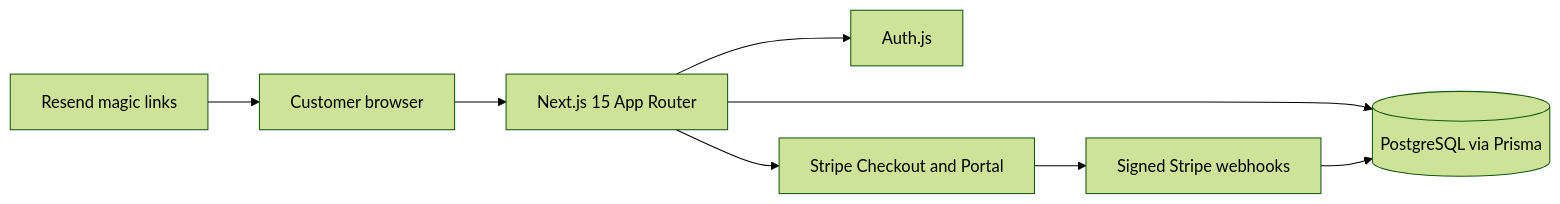
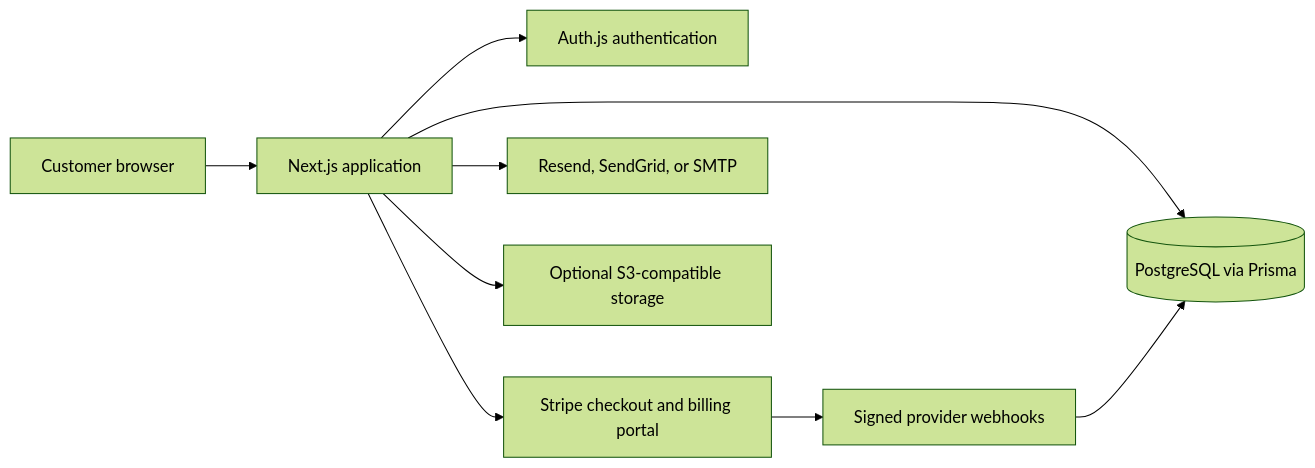
One commit to Shehroz2009/launchpad-showcase changed the diagram in README.md. Above: the diagram before and after it, drawn with Mermaid (forest theme). The commit also changed other lines of this file and 72 other files, not shown here.

````diff
--- a/README.md
+++ b/README.md
@@ -42,10 +60,11 @@
 ```mermaid
 flowchart LR
-  Visitor[Customer browser] --> App[Next.js 15 App Router]
-  App --> Auth[Auth.js]
+  Visitor[Customer browser] --> App[Next.js application]
+  App --> Auth[Auth.js authentication]
   App --> DB[(PostgreSQL via Prisma)]
-  App --> Stripe[Stripe Checkout and Portal]
-  Stripe --> Webhook[Signed Stripe webhooks]
+  App --> Stripe[Stripe checkout and billing portal]
+  Stripe --> Webhook[Signed provider webhooks]
   Webhook --> DB
-  Email[Resend magic links] --> Visitor
+  App --> Email[Resend, SendGrid, or SMTP]
+  App --> Storage[Optional S3-compatible storage]
 ```
````
